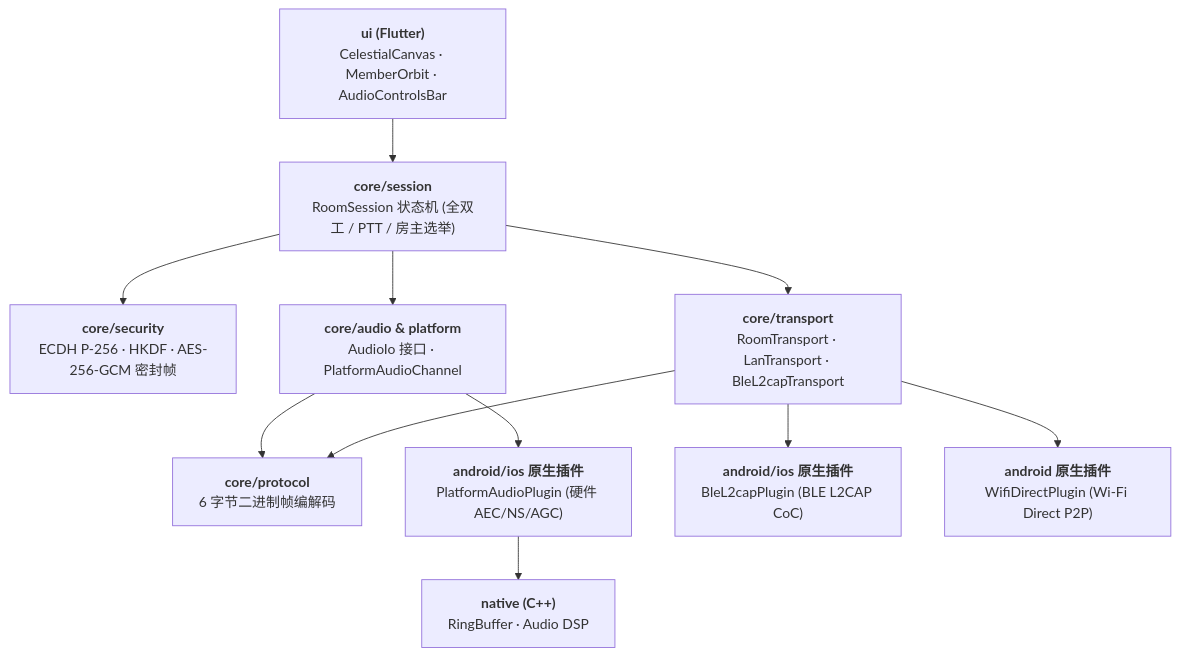
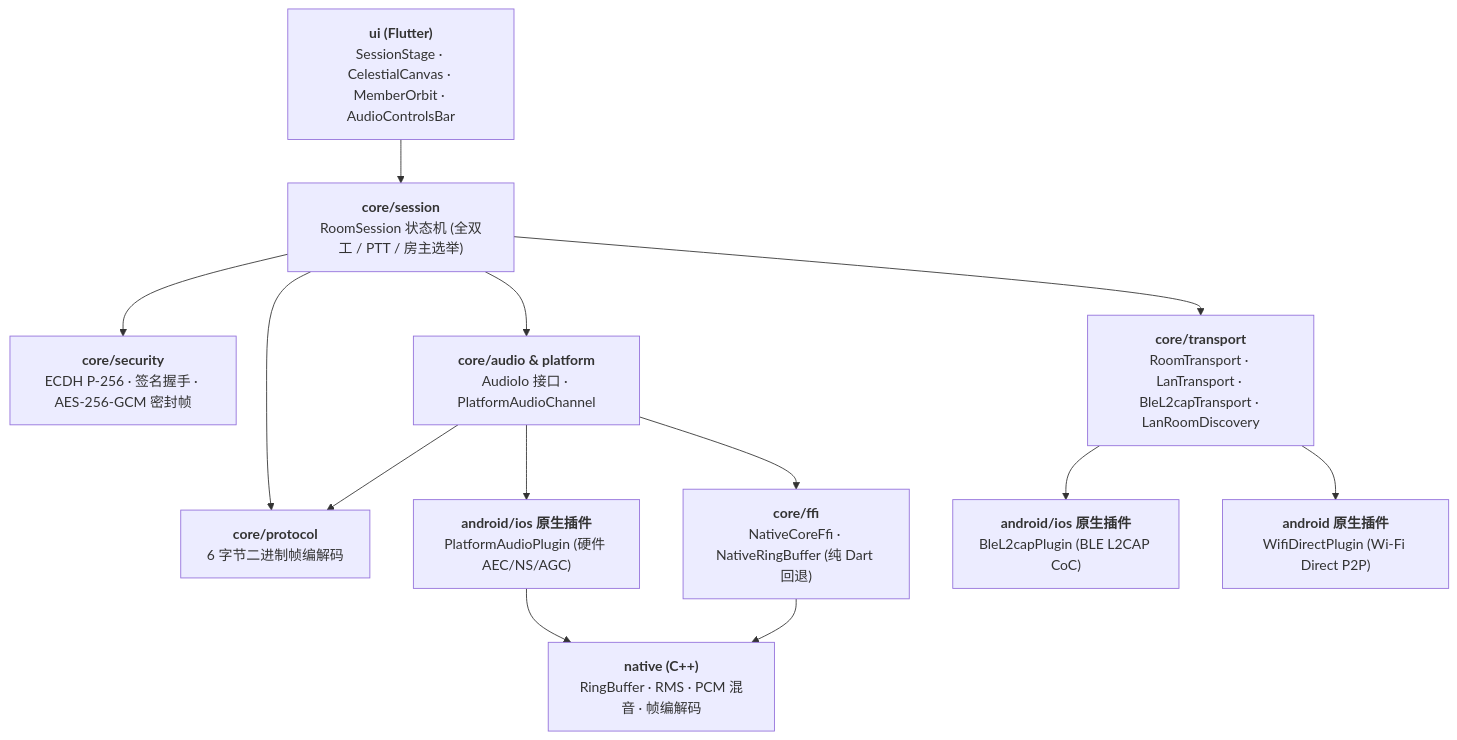
Before and after one commit to Starlordzz/sunsetripple: the diagram in docs/wiki/架构总览.md, drawn with Mermaid. The commit also changed other lines of this file and 36 other files, not shown here.

````diff
--- a/docs/wiki/架构总览.md
+++ b/docs/wiki/架构总览.md
@@ -8,24 +10,27 @@
 ```mermaid
 flowchart TD
-    UI["<b>ui (Flutter)</b><br/>CelestialCanvas · MemberOrbit · AudioControlsBar"]
+    UI["<b>ui (Flutter)</b><br/>SessionStage · CelestialCanvas · MemberOrbit · AudioControlsBar"]
     SESSION["<b>core/session</b><br/>RoomSession 状态机 (全双工 / PTT / 房主选举)"]
-    CRYPTO["<b>core/security</b><br/>ECDH P-256 · HKDF · AES-256-GCM 密封帧"]
+    CRYPTO["<b>core/security</b><br/>ECDH P-256 · 签名握手 · AES-256-GCM 密封帧"]
     AUDIO["<b>core/audio & platform</b><br/>AudioIo 接口 · PlatformAudioChannel"]
-    TRANS["<b>core/transport</b><br/>RoomTransport · LanTransport · BleL2capTransport"]
+    TRANS["<b>core/transport</b><br/>RoomTransport · LanTransport · BleL2capTransport · LanRoomDiscovery"]
     PROTO["<b>core/protocol</b><br/>6 字节二进制帧编解码"]
+    FFI["<b>core/ffi</b><br/>NativeCoreFfi · NativeRingBuffer (纯 Dart 回退)"]
     NATIVE_AUDIO["<b>android/ios 原生插件</b><br/>PlatformAudioPlugin (硬件 AEC/NS/AGC)"]
     NATIVE_BLE["<b>android/ios 原生插件</b><br/>BleL2capPlugin (BLE L2CAP CoC)"]
     NATIVE_WIFI["<b>android 原生插件</b><br/>WifiDirectPlugin (Wi-Fi Direct P2P)"]
-    NATIVE_DSP["<b>native (C++)</b><br/>RingBuffer · Audio DSP"]
+    NATIVE_DSP["<b>native (C++)</b><br/>RingBuffer · RMS · PCM 混音 · 帧编解码"]
 
     UI --> SESSION
     SESSION --> CRYPTO
     SESSION --> AUDIO
     SESSION --> TRANS
+    SESSION --> PROTO
     AUDIO --> NATIVE_AUDIO
     TRANS --> NATIVE_BLE
     TRANS --> NATIVE_WIFI
-    TRANS --> PROTO
     AUDIO --> PROTO
+    AUDIO --> FFI
     NATIVE_AUDIO --> NATIVE_DSP
+    FFI --> NATIVE_DSP
 ```
````
